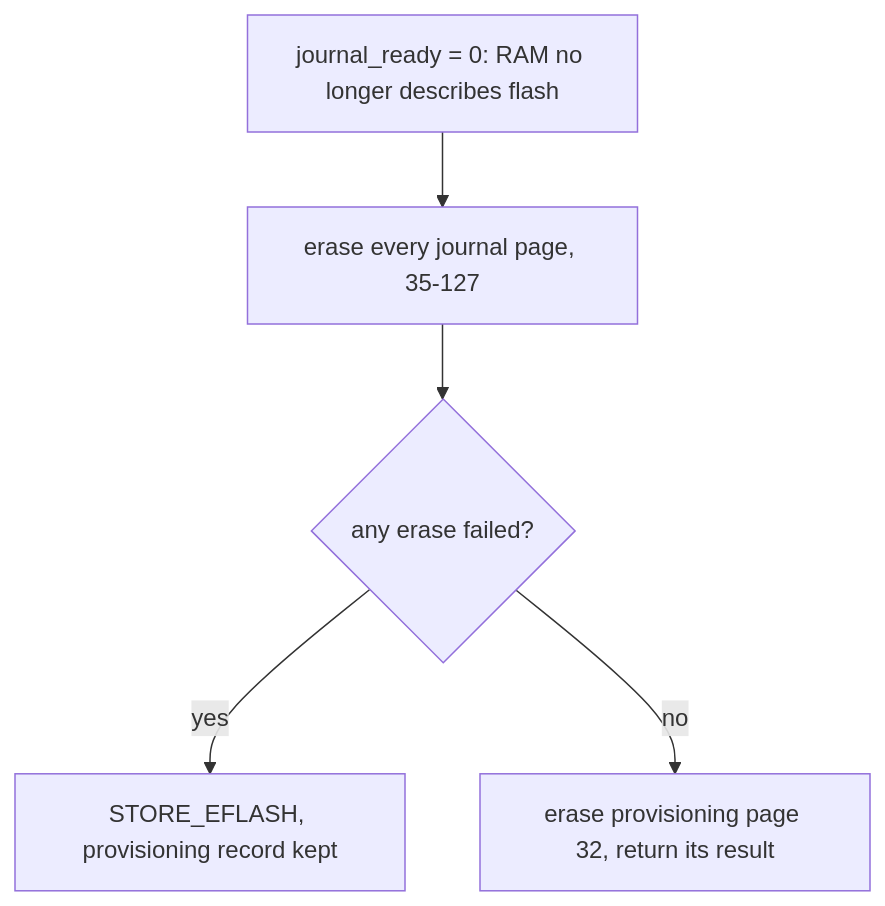
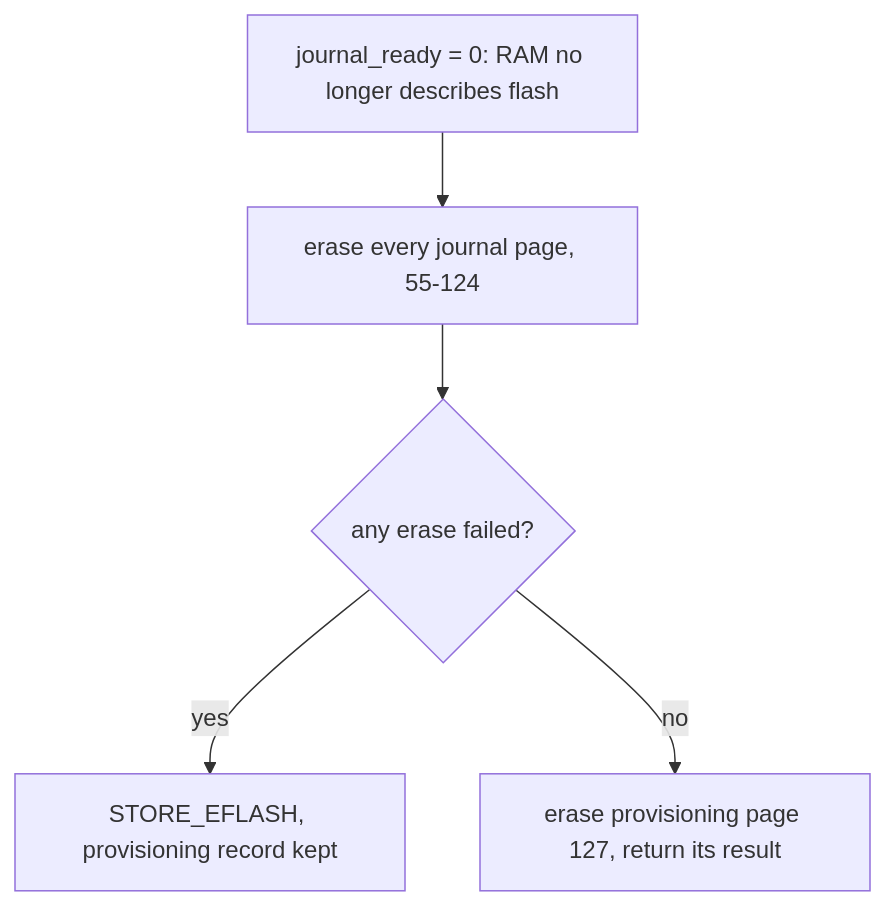
Before and after one commit to clintecker/weather-station-2026: diagram 14 of 14 in firmware/stage0-node/App/node_store.lit.md, drawn with Mermaid. The commit also changed other lines of this file and 9 other files, not shown here.

First line of the commit message:
Flash layout: firmware 110 KB, 70-page journal (24 h for a full station), node state at the top

````diff
--- a/firmware/stage0-node/App/node_store.lit.md
+++ b/firmware/stage0-node/App/node_store.lit.md
@@ -1089,7 +1098,7 @@
 ```mermaid
 flowchart TD
-    J["journal_ready = 0: RAM no longer describes flash"] --> E["erase every journal page, 35-127"]
+    J["journal_ready = 0: RAM no longer describes flash"] --> E["erase every journal page, 55-124"]
     E --> Q{"any erase failed?"}
     Q -- yes --> F["STORE_EFLASH, provisioning record kept"]
-    Q -- no --> C["erase provisioning page 32, return its result"]
+    Q -- no --> C["erase provisioning page 127, return its result"]
 ```
````
